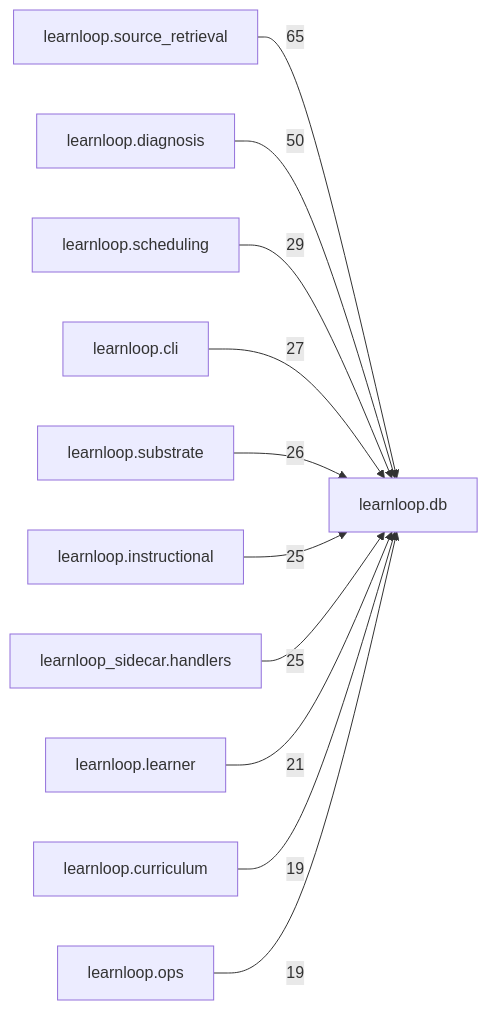
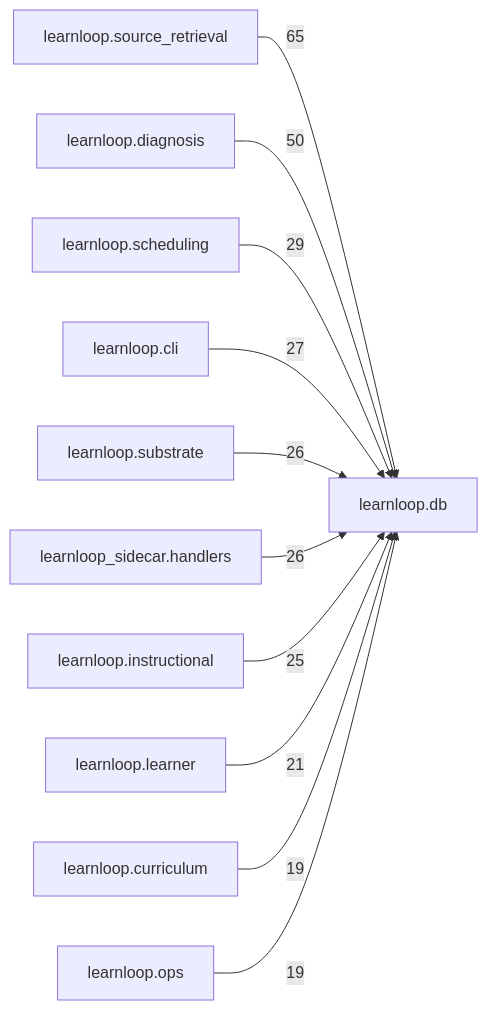
Before and after one commit to 6up-b/learnanything: the diagram in docs/learnloop-architecture-vault/Reference/Modules/learnloop/db/_package.md, drawn with Mermaid. The commit also changed other lines of this file and 533 other files, not shown here.

````diff
--- a/docs/learnloop-architecture-vault/Reference/Modules/learnloop/db/_package.md
+++ b/docs/learnloop-architecture-vault/Reference/Modules/learnloop/db/_package.md
@@ -139,24 +139,24 @@
 ```mermaid
 flowchart LR
     center["learnloop.db"]
     n_learnloop_source_retrieval["learnloop.source_retrieval"]
     n_learnloop_diagnosis["learnloop.diagnosis"]
     n_learnloop_scheduling["learnloop.scheduling"]
     n_learnloop_cli["learnloop.cli"]
     n_learnloop_substrate["learnloop.substrate"]
+    n_learnloop_sidecar_handlers["learnloop_sidecar.handlers"]
     n_learnloop_instructional["learnloop.instructional"]
-    n_learnloop_sidecar_handlers["learnloop_sidecar.handlers"]
     n_learnloop_learner["learnloop.learner"]
     n_learnloop_curriculum["learnloop.curriculum"]
     n_learnloop_ops["learnloop.ops"]
     n_learnloop_source_retrieval -->|65| center
     n_learnloop_diagnosis -->|50| center
     n_learnloop_scheduling -->|29| center
     n_learnloop_cli -->|27| center
     n_learnloop_substrate -->|26| center
+    n_learnloop_sidecar_handlers -->|26| center
     n_learnloop_instructional -->|25| center
-    n_learnloop_sidecar_handlers -->|25| center
     n_learnloop_learner -->|21| center
     n_learnloop_curriculum -->|19| center
     n_learnloop_ops -->|19| center
 ```
````
